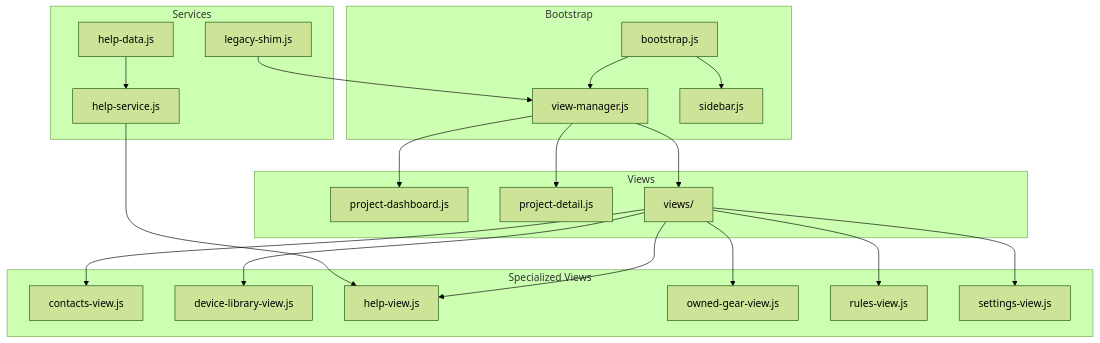
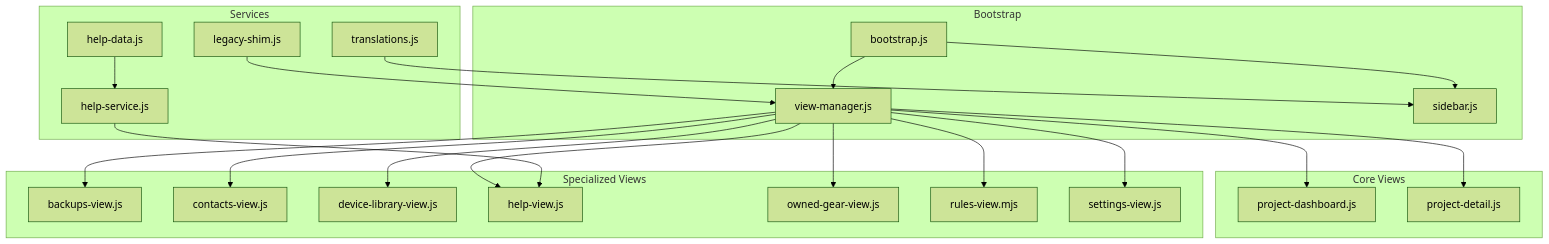
Before and after one commit to Hugo9809/cine-power-planner: the fourth of 5 diagrams in docs/dev/codebase-overview.md, drawn with Mermaid (forest theme). The commit also changed other lines of this file and 273 other files, not shown here.

````diff
--- a/docs/dev/codebase-overview.md
+++ b/docs/dev/codebase-overview.md
@@ -124,28 +182,29 @@
 ```mermaid
 flowchart TD
     subgraph Bootstrap
         B[bootstrap.js] --> VM[view-manager.js]
         B --> SB[sidebar.js]
     end
     
-    subgraph Views
+    subgraph Core Views
         VM --> PD[project-dashboard.js]
         VM --> PDT[project-detail.js]
-        VM --> V[views/]
     end
     
     subgraph Specialized Views
-        V --> CV[contacts-view.js]
-        V --> DV[device-library-view.js]
-        V --> HV[help-view.js]
-        V --> OV[owned-gear-view.js]
-        V --> RV[rules-view.js]
-        V --> SV[settings-view.js]
+        VM --> BV[backups-view.js]
+        VM --> CV[contacts-view.js]
+        VM --> DV[device-library-view.js]
+        VM --> HV[help-view.js]
+        VM --> OV[owned-gear-view.js]
+        VM --> RV[rules-view.mjs]
+        VM --> SV[settings-view.js]
     end
     
     subgraph Services
         HS[help-service.js] --> HV
         HD[help-data.js] --> HS
         LS[legacy-shim.js] --> VM
+        TR[translations.js] --> SB
     end
 ```
````
